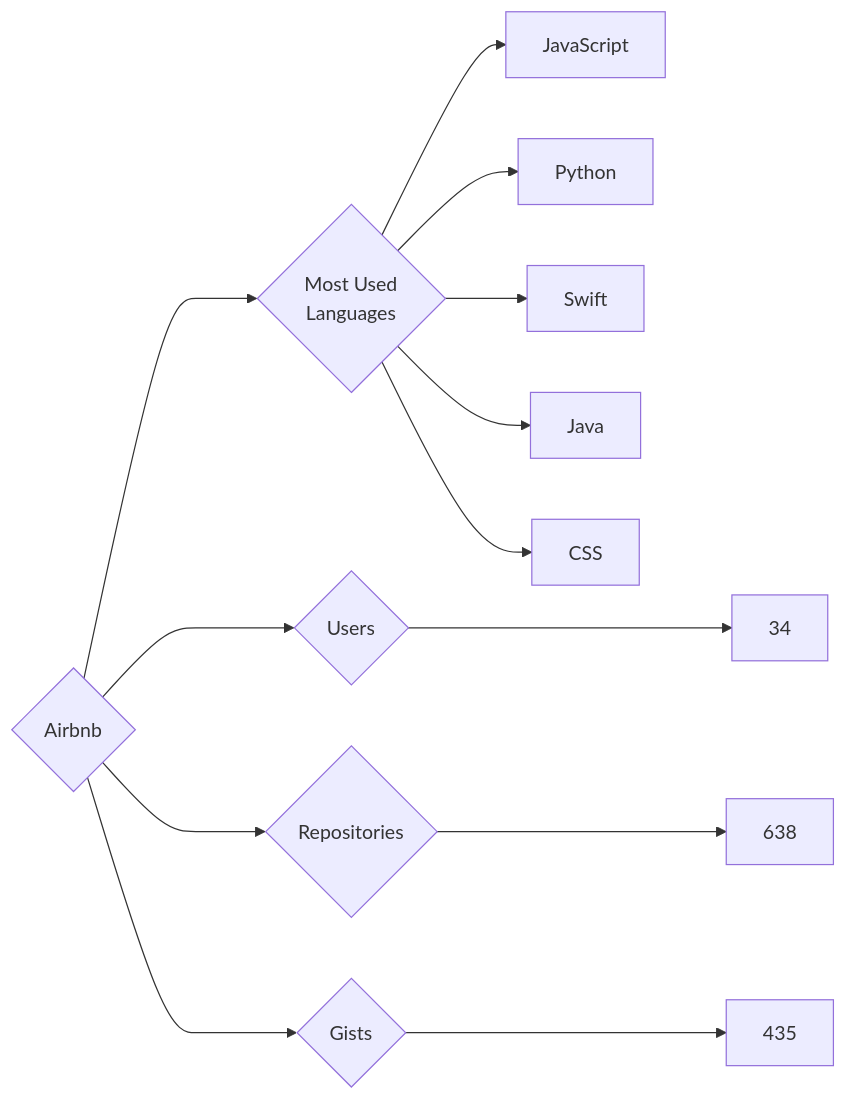
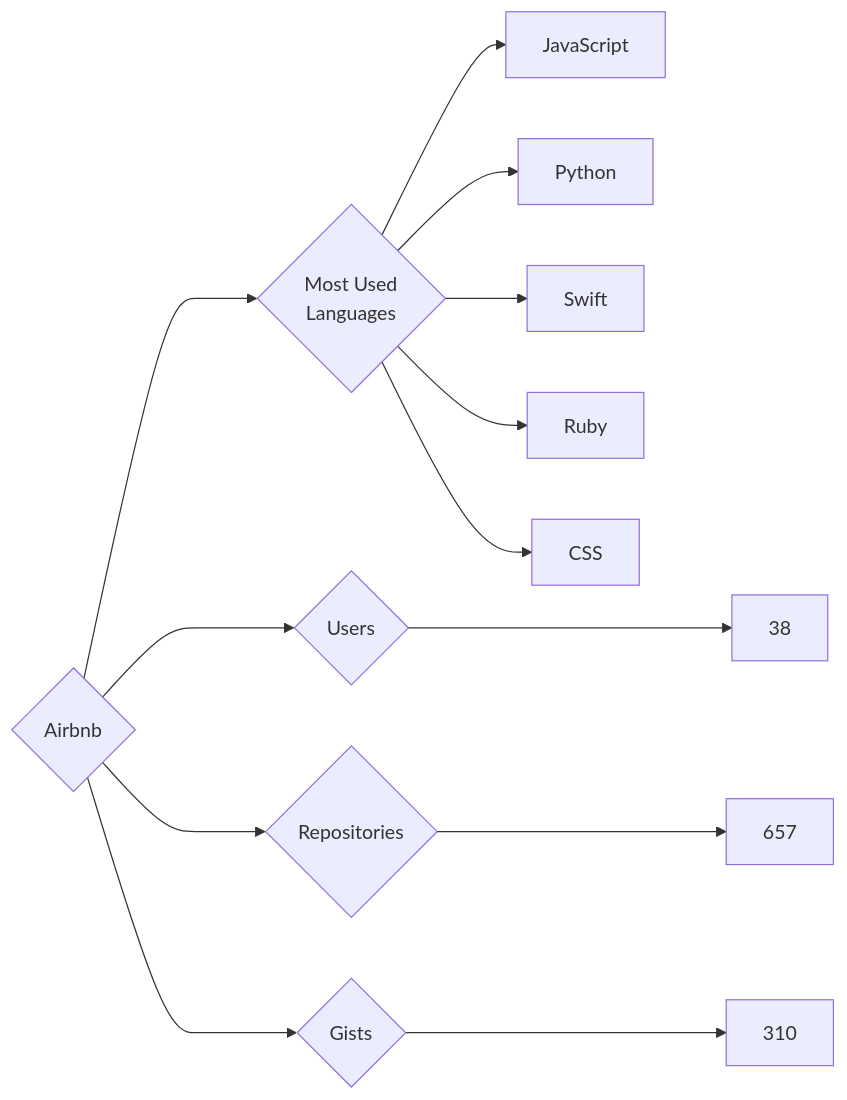
One commit to trickest/insiders changed the diagram in targets/Airbnb/README.md. Above: the diagram before and after it, drawn with Mermaid. The commit also changed 622 other files, not shown here.

````diff
--- a/targets/Airbnb/README.md
+++ b/targets/Airbnb/README.md
@@ -3,13 +3,13 @@
 ```mermaid
 graph LR
 COMPANY_NAME{Airbnb}
-COMPANY_NAME ---> U{Users} ---> UN[34]
-COMPANY_NAME ---> R{Repositories} ---> RN[638]
-COMPANY_NAME ---> G{Gists} ---> GN[435]
+COMPANY_NAME ---> U{Users} ---> UN[38]
+COMPANY_NAME ---> R{Repositories} ---> RN[657]
+COMPANY_NAME ---> G{Gists} ---> GN[310]
 COMPANY_NAME ---> ML{Most Used<br>Languages}
 ML --> JavaScript[JavaScript]
 ML --> Python[Python]
 ML --> Swift[Swift]
-ML --> Java[Java]
+ML --> Ruby[Ruby]
 ML --> CSS[CSS]
 ```
````
